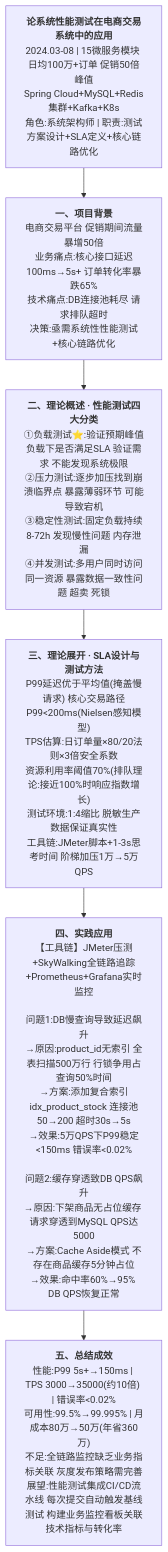
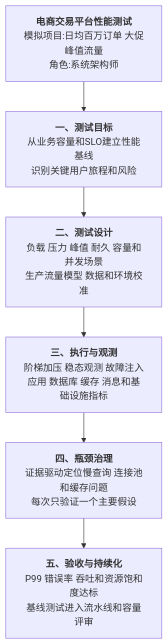
Before and after one commit to EdgarLQS/SoftwareArchitectureExamGuide: the first of 4 diagrams in 02-论文专题/0003-测试/00-大纲记忆卡.md, drawn with Mermaid. The commit also changed other lines of this file, not shown here.

````diff
--- a/02-论文专题/0003-测试/00-大纲记忆卡.md
+++ b/02-论文专题/0003-测试/00-大纲记忆卡.md
@@ -11,14 +24,9 @@
 ```mermaid
 graph TD
-    ROOT["<b>论系统性能测试在电商交易系统中的应用</b><br/>2024.03-08 | 15微服务模块 日均100万+订单 促销50倍峰值<br/>Spring Cloud+MySQL+Redis集群+Kafka+K8s<br/>角色:系统架构师 | 职责:测试方案设计+SLA定义+核心链路优化"]
-
-    ROOT --> P1["<b>一、项目背景</b><br/>电商交易平台 促销期间流量暴增50倍<br/>业务痛点:核心接口延迟100ms→5s+ 订单转化率暴跌65%<br/>技术痛点:DB连接池耗尽 请求排队超时<br/>决策:亟需系统性性能测试+核心链路优化"]
-
-    P1 --> P2["<b>二、理论概述 · 性能测试四大分类</b><br/>①负载测试⭐:验证预期峰值负载下是否满足SLA 验证需求 不能发现系统极限<br/>②压力测试:逐步加压找到崩溃临界点 暴露薄弱环节 可能导致宕机<br/>③稳定性测试:固定负载持续8-72h 发现慢性问题 内存泄漏<br/>④并发测试:多用户同时访问同一资源 暴露数据一致性问题 超卖 死锁"]
-
-    P2 --> P3["<b>三、理论展开 · SLA设计与测试方法</b><br/>P99延迟优于平均值(掩盖慢请求) 核心交易路径P99<200ms(Nielsen感知模型)<br/>TPS估算:日订单量×80/20法则×3倍安全系数<br/>资源利用率阈值70%(排队理论:接近100%时响应指数增长)<br/>测试环境:1:4缩比 脱敏生产数据保证真实性<br/>工具链:JMeter脚本+1-3s思考时间 阶梯加压1万→5万QPS"]
-
-    P3 --> P4["<b>四、实践应用</b><br/>【工具链】JMeter压测+SkyWalking全链路追踪+Prometheus+Grafana实时监控<br/><br/>问题1:DB慢查询导致延迟飙升<br/>→原因:product_id无索引 全表扫描500万行 行锁争用占查询50%时间<br/>→方案:添加复合索引idx_product_stock 连接池50→200 超时30s→5s<br/>→效果:5万QPS下P99稳定<150ms 错误率<0.02%<br/><br/>问题2:缓存穿透致DB QPS飙升<br/>→原因:下架商品无占位缓存 请求穿透到MySQL QPS达5000<br/>→方案:Cache Aside模式 不存在商品缓存5分钟占位<br/>→效果:命中率60%→95% DB QPS恢复正常"]
-
-    P4 --> P5["<b>五、总结成效</b><br/>性能:P99 5s+→150ms | TPS 3000→35000(约10倍) | 错误率<0.02%<br/>可用性:99.5%→99.995% | 月成本80万→50万(年省360万)<br/>不足:全链路监控缺乏业务指标关联 灰度发布策略需完善<br/>展望:性能测试集成CI/CD流水线 每次提交自动触发基线测试 构建业务监控看板关联技术指标与转化率"]
+    ROOT["<b>电商交易平台性能测试</b><br/>模拟项目:日均百万订单 大促峰值流量<br/>角色:系统架构师"]
+    ROOT --> P1["<b>一、测试目标</b><br/>从业务容量和SLO建立性能基线<br/>识别关键用户旅程和风险"]
+    P1 --> P2["<b>二、测试设计</b><br/>负载 压力 峰值 耐久 容量和并发场景<br/>生产流量模型 数据和环境校准"]
+    P2 --> P3["<b>三、执行与观测</b><br/>阶梯加压 稳态观测 故障注入<br/>应用 数据库 缓存 消息和基础设施指标"]
+    P3 --> P4["<b>四、瓶颈治理</b><br/>证据驱动定位慢查询 连接池和缓存问题<br/>每次只验证一个主要假设"]
+    P4 --> P5["<b>五、验收与持续化</b><br/>P99 错误率 吞吐和资源饱和度达标<br/>基线测试进入流水线和容量评审"]
 ```
````
